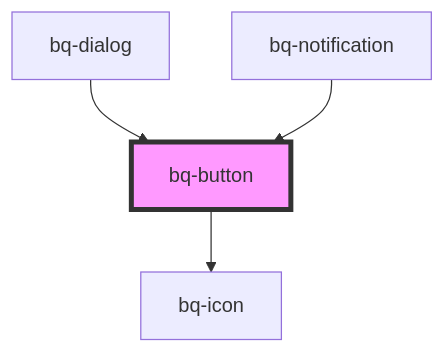
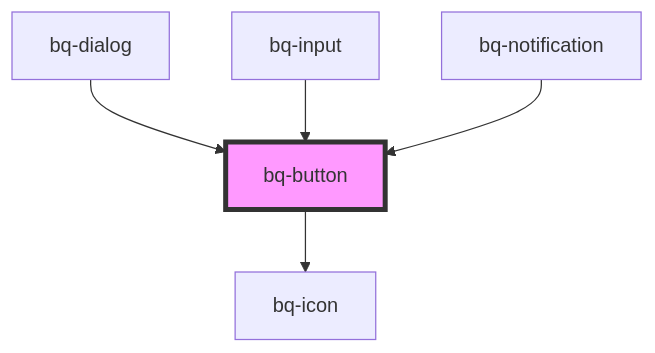
One commit to Endava/BEEQ changed the diagram in packages/bee-q/src/components/button/readme.md. Above: the diagram before and after it, drawn with Mermaid. The commit also changed other lines of this file and 4 other files, not shown here.

Commit message:
feat(input): add clear button (only visual layout)

````diff
--- a/packages/bee-q/src/components/button/readme.md
+++ b/packages/bee-q/src/components/button/readme.md
@@ -60,7 +61,8 @@
 ```mermaid
 graph TD;
   bq-button --> bq-icon
   bq-dialog --> bq-button
+  bq-input --> bq-button
   bq-notification --> bq-button
   style bq-button fill:#f9f,stroke:#333,stroke-width:4px
 ```
````
